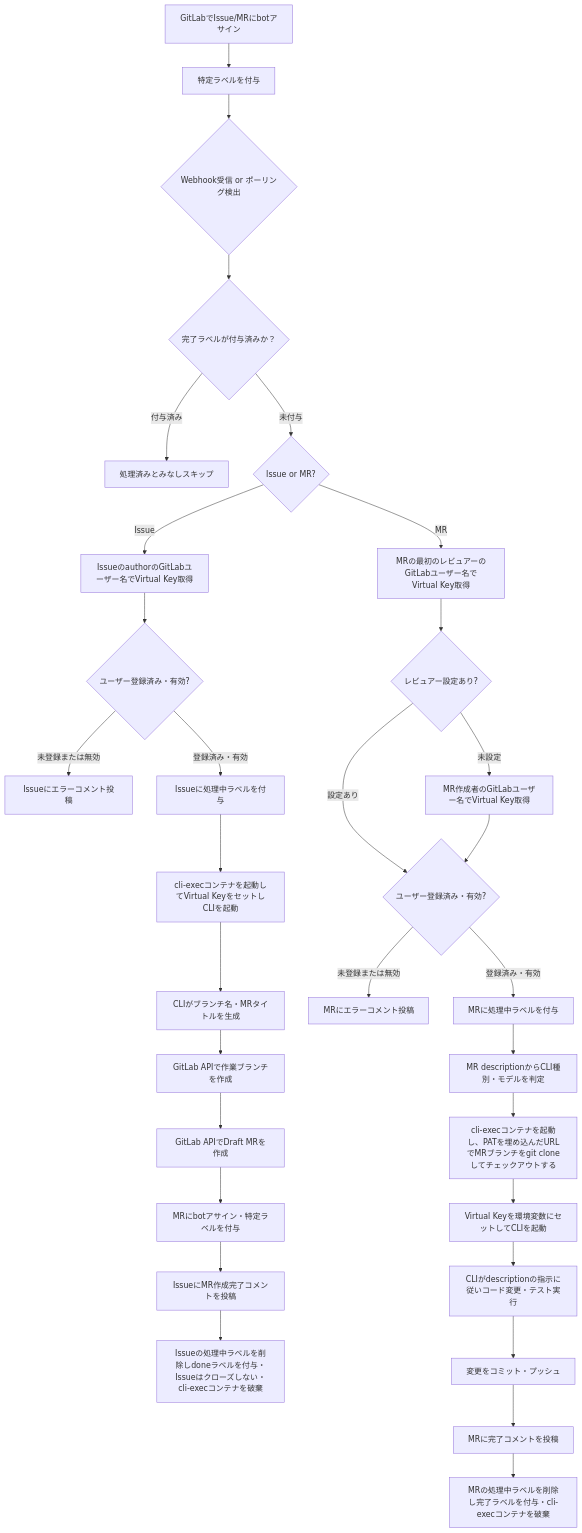
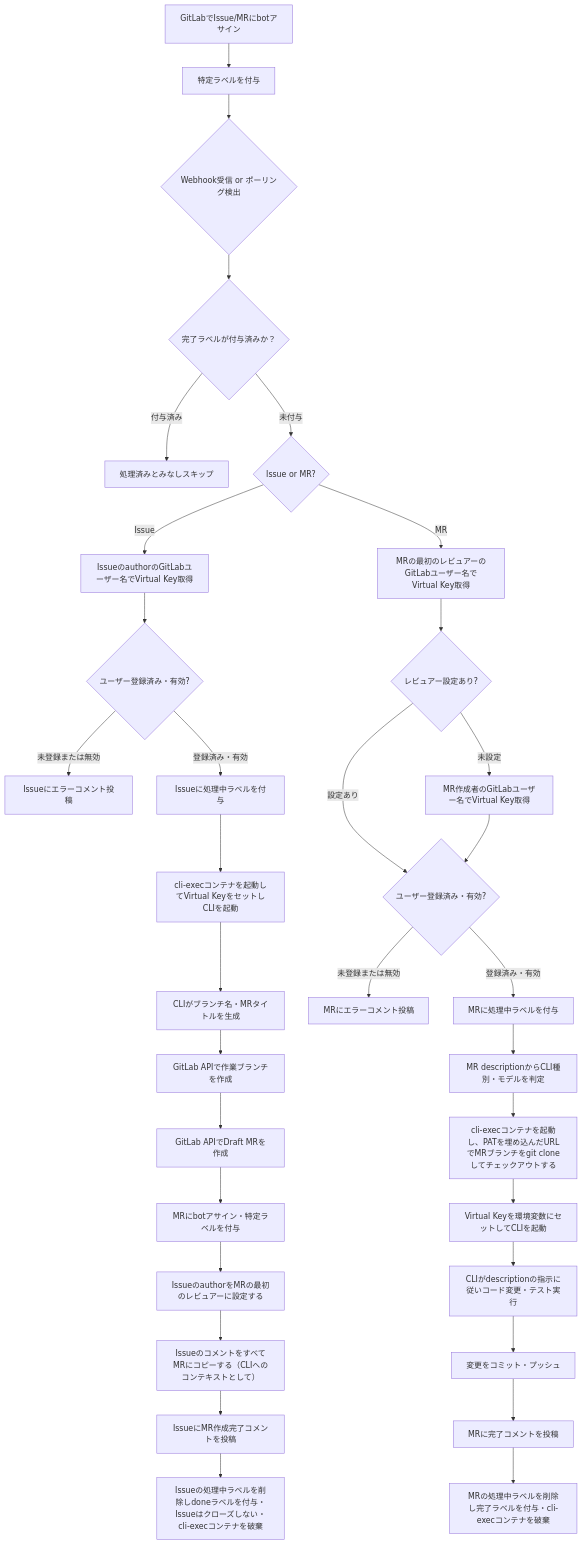
Before and after one commit to notfolder/CodingAgentAutomata: the first of 5 diagrams in docs/requirements.md, drawn with Mermaid. The commit also changed other lines of this file, not shown here.

````diff
--- a/docs/requirements.md
+++ b/docs/requirements.md
@@ -67,35 +67,37 @@
 ```mermaid
 flowchart TD
     A[GitLabでIssue/MRにbotアサイン] --> B[特定ラベルを付与]
     B --> C{Webhook受信 or ポーリング検出}
     C --> C2{完了ラベルが付与済みか？}
     C2 -->|付与済み| C3[処理済みとみなしスキップ]
     C2 -->|未付与| D{Issue or MR?}
 
     D -->|Issue| E[IssueのauthorのGitLabユーザー名でVirtual Key取得]
     E --> F{ユーザー登録済み・有効?}
     F -->|未登録または無効| G[Issueにエラーコメント投稿]
     F -->|登録済み・有効| H0[Issueに処理中ラベルを付与]
     H0 --> H[cli-execコンテナを起動してVirtual KeyをセットしCLIを起動]
     H --> I[CLIがブランチ名・MRタイトルを生成]
     I --> J[GitLab APIで作業ブランチを作成]
     J --> K[GitLab APIでDraft MRを作成]
     K --> L[MRにbotアサイン・特定ラベルを付与]
-    L --> M[IssueにMR作成完了コメントを投稿]
+    L --> L2[IssueのauthorをMRの最初のレビュアーに設定する]
+    L2 --> L3[IssueのコメントをすべてMRにコピーする（CLIへのコンテキストとして）]
+    L3 --> M[IssueにMR作成完了コメントを投稿]
     M --> N[Issueの処理中ラベルを削除しdoneラベルを付与・Issueはクローズしない・cli-execコンテナを破棄]
 
     D -->|MR| O[MRの最初のレビュアーのGitLabユーザー名でVirtual Key取得]
     O --> P{レビュアー設定あり?}
     P -->|未設定| Q[MR作成者のGitLabユーザー名でVirtual Key取得]
     P -->|設定あり| R{ユーザー登録済み・有効?}
     Q --> R
     R -->|未登録または無効| S[MRにエラーコメント投稿]
     R -->|登録済み・有効| T0[MRに処理中ラベルを付与]
     T0 --> T[MR descriptionからCLI種別・モデルを判定]
     T --> U[cli-execコンテナを起動し、PATを埋め込んだURLでMRブランチをgit cloneしてチェックアウトする]
     U --> V[Virtual Keyを環境変数にセットしてCLIを起動]
     V --> W[CLIがdescriptionの指示に従いコード変更・テスト実行]
     W --> X[変更をコミット・プッシュ]
     X --> Y[MRに完了コメントを投稿]
     Y --> Z[MRの処理中ラベルを削除し完了ラベルを付与・cli-execコンテナを破棄]
 ```
````
